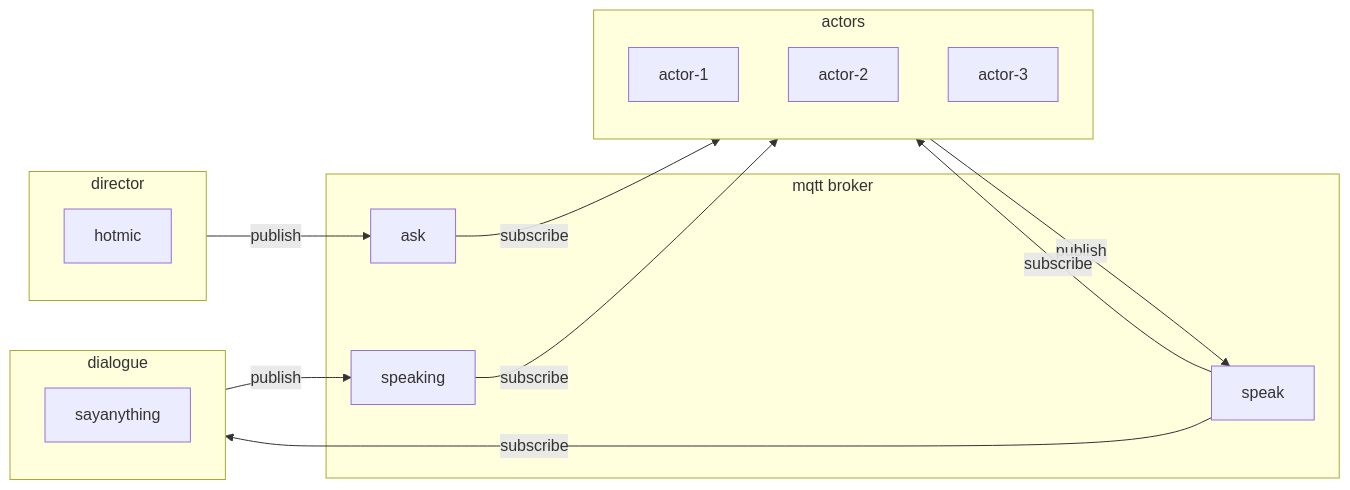
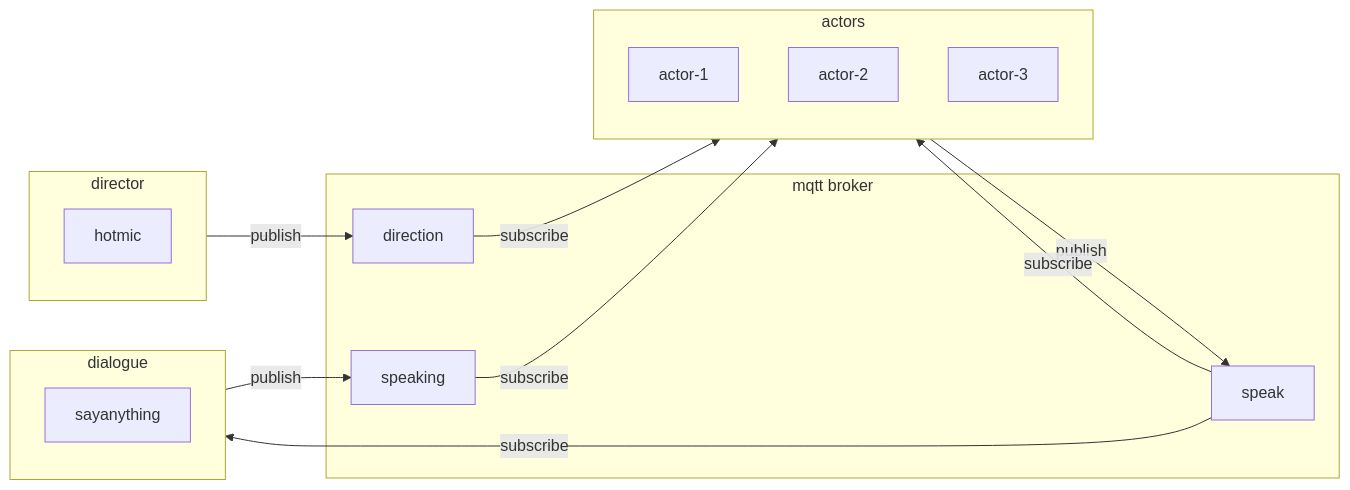
One commit to deadprogram/talkingheads changed the first of 6 diagrams in README.md. Above: the diagram before and after it, drawn with Mermaid. The commit also changed other lines of this file and 9 other files, not shown here.

````diff
--- a/README.md
+++ b/README.md
@@ -11,26 +11,26 @@
 ```mermaid
 flowchart LR
 subgraph mqtt broker
-    ask
+    direction
     speak
     speaking
 end
 subgraph actors
     actor-1
     actor-2
     actor-3
 end
 subgraph director
     hotmic
 end
 subgraph dialogue
     sayanything
 end
-director -- publish --> ask
-ask-- subscribe -->actors
+director -- publish --> direction
+direction-- subscribe -->actors
 actors-- publish -->speak
 speak-- subscribe -->actors
 speak-- subscribe -->dialogue
 dialogue-- publish -->speaking
 speaking-- subscribe -->actors
 ```
````
